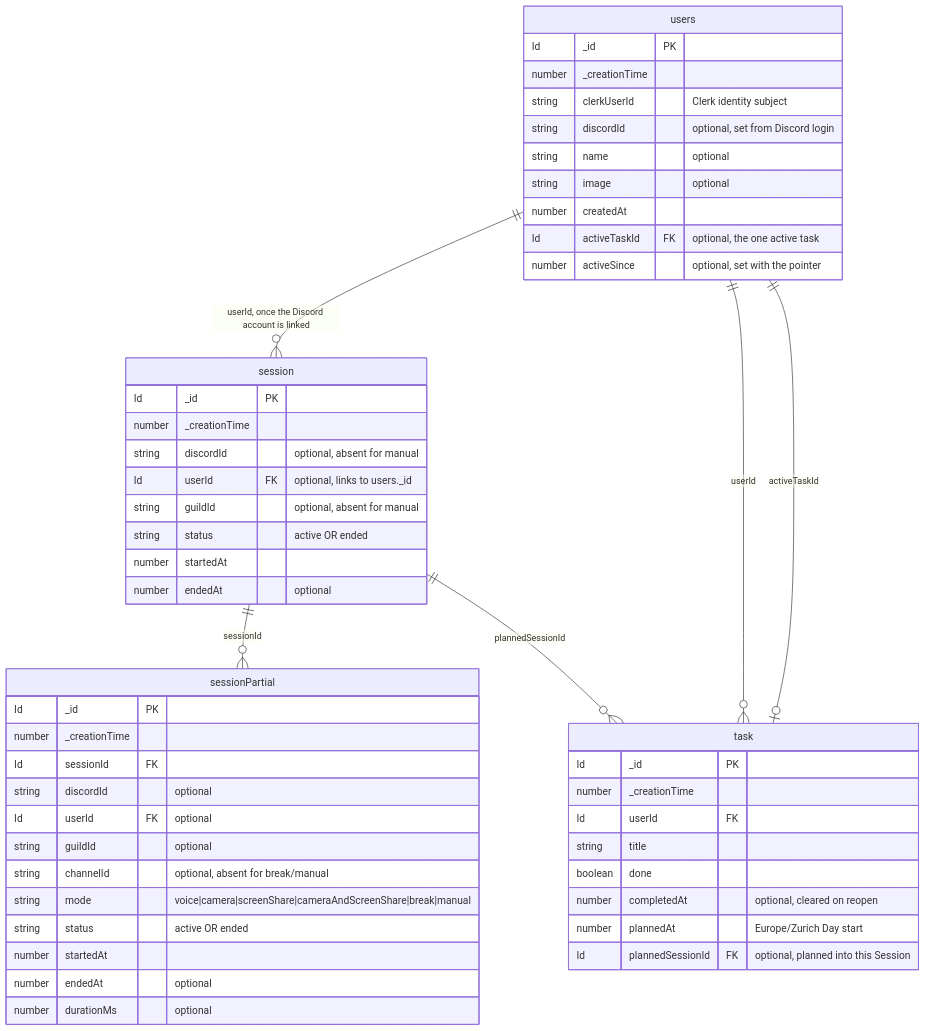
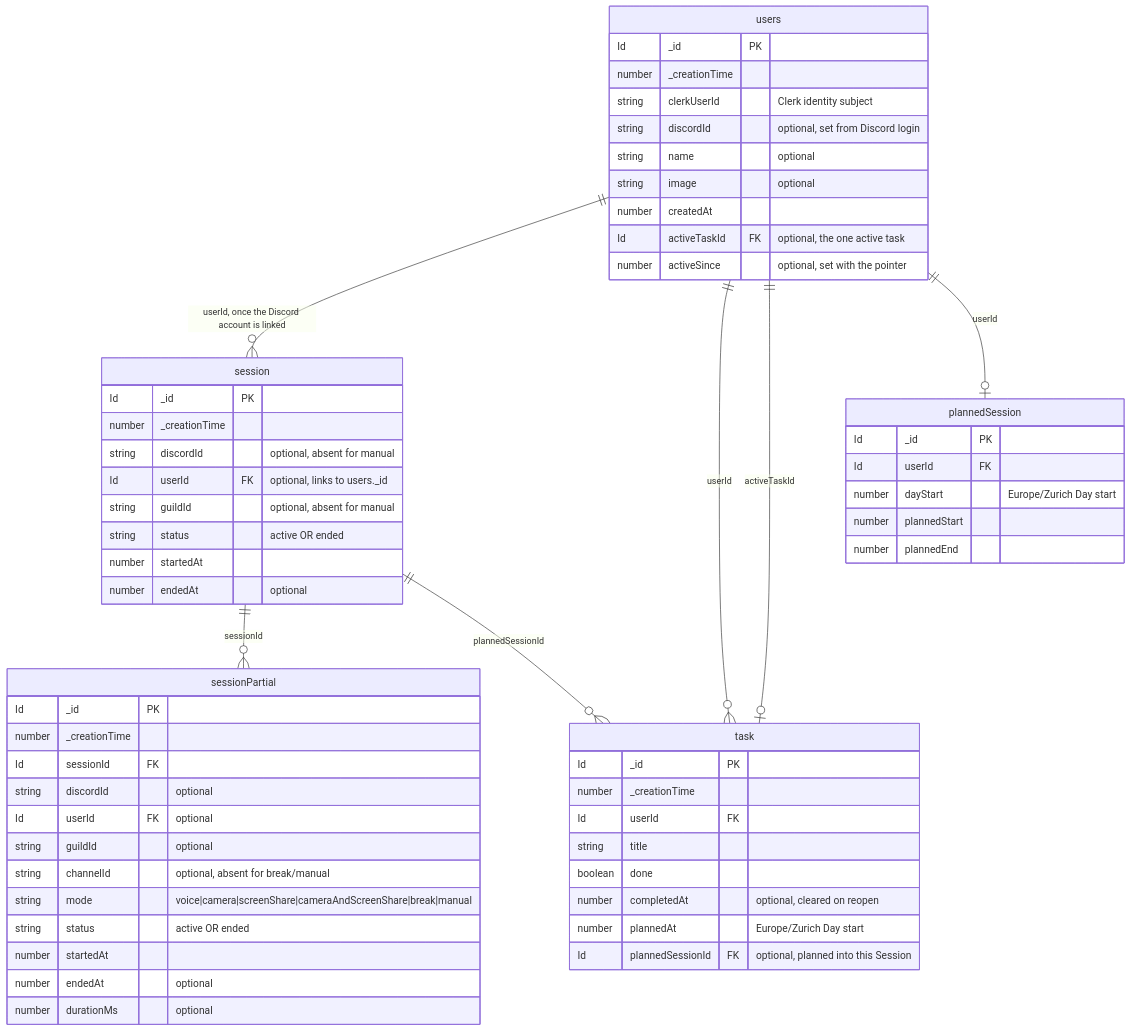
Before and after one commit to simonlearnscoding/studytrack: the first of 2 diagrams in docs/vault/data-model.md, drawn with Mermaid. The commit also changed other lines of this file and 18 other files, not shown here.

````diff
--- a/docs/vault/data-model.md
+++ b/docs/vault/data-model.md
@@ -37,57 +38,66 @@
 ```mermaid
 erDiagram
     users {
         Id _id PK
         number _creationTime
         string clerkUserId "Clerk identity subject"
         string discordId "optional, set from Discord login"
         string name "optional"
         string image "optional"
         number createdAt
         Id activeTaskId FK "optional, the one active task"
         number activeSince "optional, set with the pointer"
     }
 
     session {
         Id _id PK
         number _creationTime
         string discordId "optional, absent for manual"
         Id userId FK "optional, links to users._id"
         string guildId "optional, absent for manual"
         string status "active OR ended"
         number startedAt
         number endedAt "optional"
     }
 
     sessionPartial {
         Id _id PK
         number _creationTime
         Id sessionId FK
         string discordId "optional"
         Id userId FK "optional"
         string guildId "optional"
         string channelId "optional, absent for break/manual"
         string mode "voice|camera|screenShare|cameraAndScreenShare|break|manual"
         string status "active OR ended"
         number startedAt
         number endedAt "optional"
         number durationMs "optional"
     }
 
     task {
         Id _id PK
         number _creationTime
         Id userId FK
         string title
         boolean done
         number completedAt "optional, cleared on reopen"
         number plannedAt "Europe/Zurich Day start"
         Id plannedSessionId FK "optional, planned into this Session"
     }
 
+    plannedSession {
+        Id _id PK
+        Id userId FK
+        number dayStart "Europe/Zurich Day start"
+        number plannedStart
+        number plannedEnd
+    }
+
     users ||--o{ session : "userId, once the Discord account is linked"
     session ||--o{ sessionPartial : "sessionId"
     users ||--o{ task : "userId"
     users ||--o| task : "activeTaskId"
     session ||--o{ task : "plannedSessionId"
+    users ||--o| plannedSession : "userId"
 ```
````
